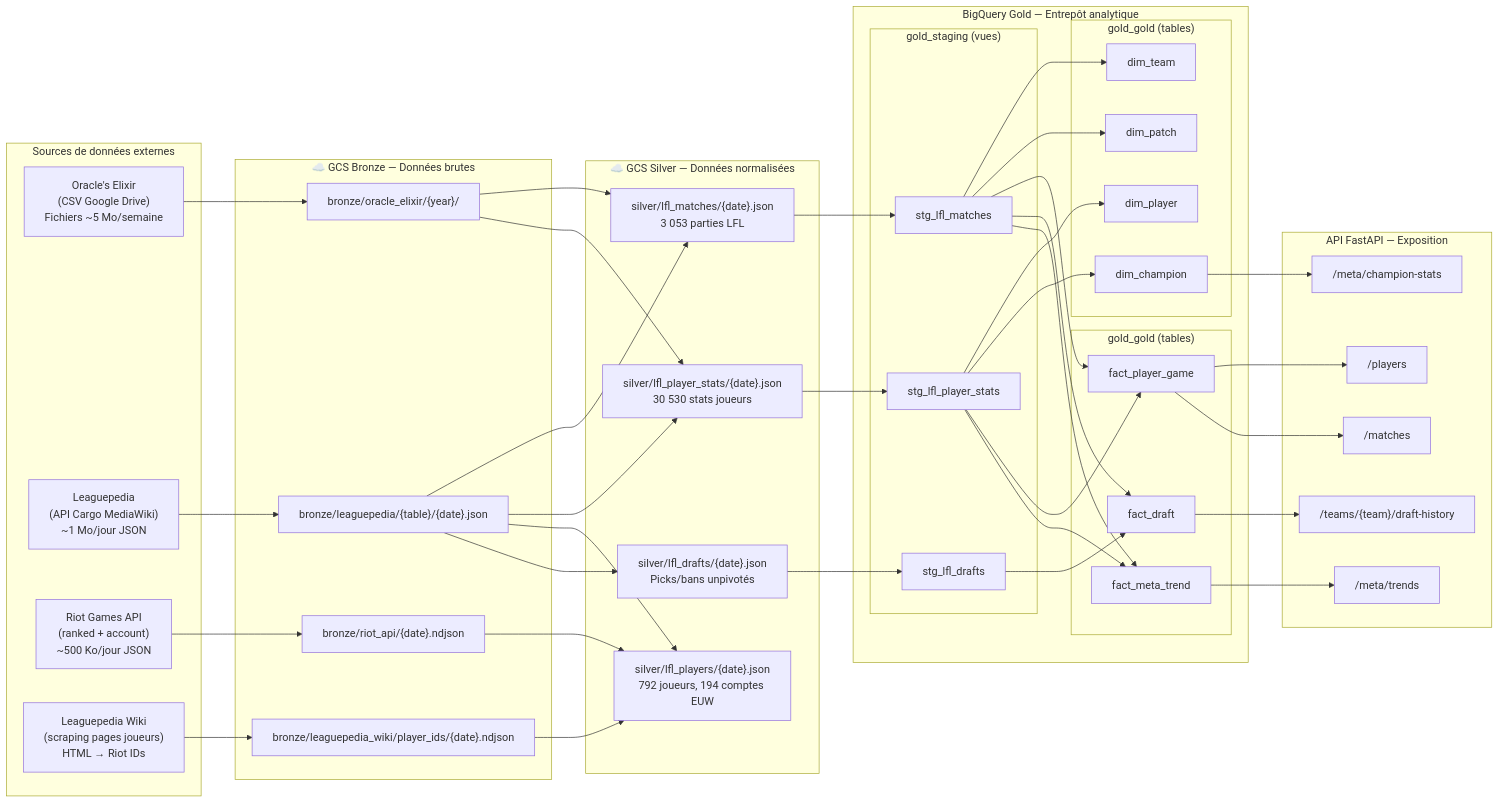
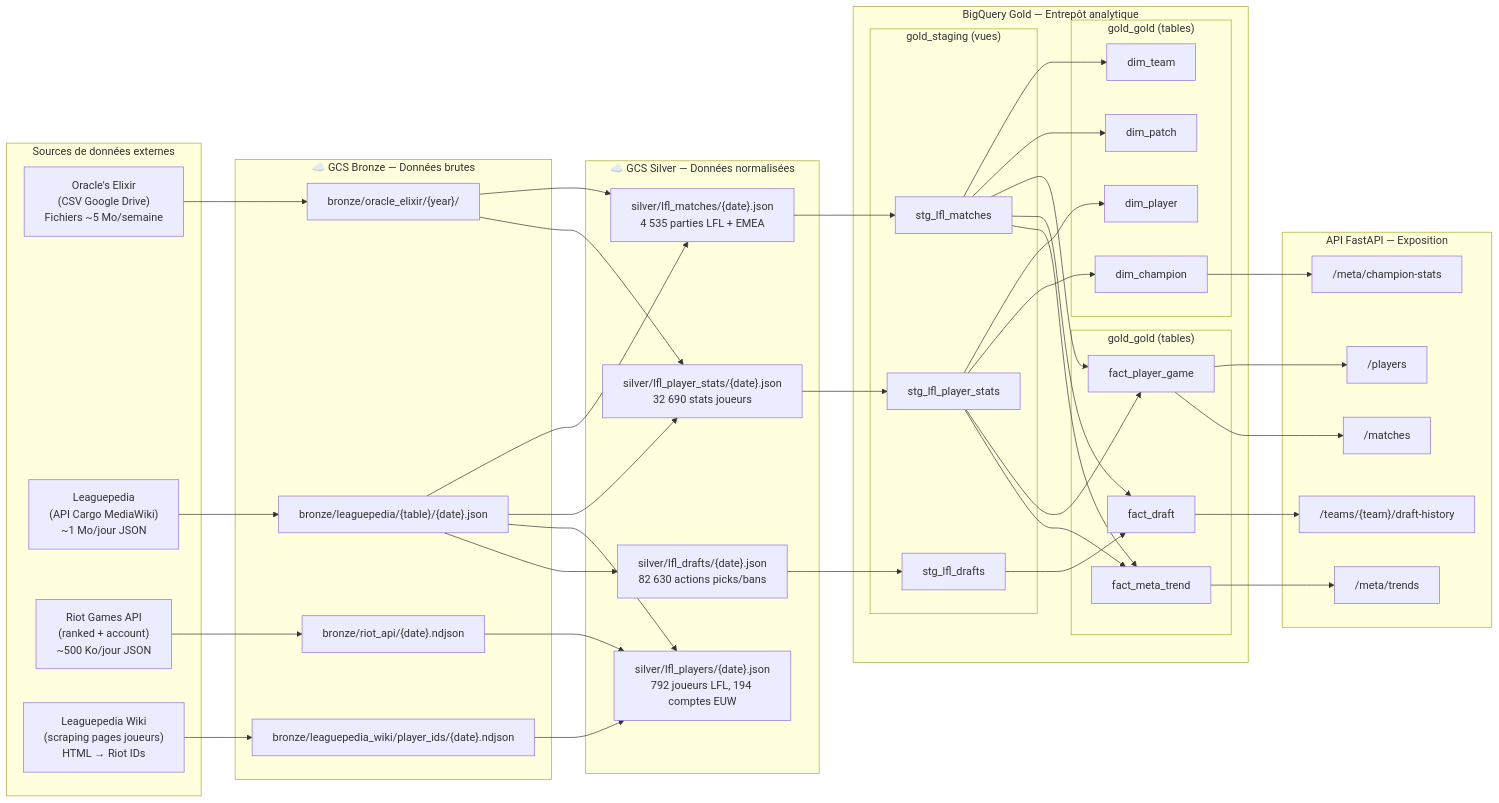
The first of 3 diagrams in docs/ARCHITECTURE.md (AntoineMLD/nexus-analytics-lol), drawn with Mermaid before and after one commit. The commit also changed other lines of this file and 3 other files, not shown here.

```diff
--- a/docs/ARCHITECTURE.md
+++ b/docs/ARCHITECTURE.md
@@ -26,10 +26,10 @@
     end
 
     subgraph Silver["☁️ GCS Silver — Données normalisées"]
-        S1["silver/lfl_matches/{date}.json<br/>3 053 parties LFL"]
-        S2["silver/lfl_player_stats/{date}.json<br/>30 530 stats joueurs"]
-        S3["silver/lfl_players/{date}.json<br/>792 joueurs, 194 comptes EUW"]
-        S4["silver/lfl_drafts/{date}.json<br/>Picks/bans unpivotés"]
+        S1["silver/lfl_matches/{date}.json<br/>4 535 parties LFL + EMEA"]
+        S2["silver/lfl_player_stats/{date}.json<br/>32 690 stats joueurs"]
+        S3["silver/lfl_players/{date}.json<br/>792 joueurs LFL, 194 comptes EUW"]
+        S4["silver/lfl_drafts/{date}.json<br/>82 630 actions picks/bans"]
     end
 
     subgraph Gold["BigQuery Gold — Entrepôt analytique"]
```
